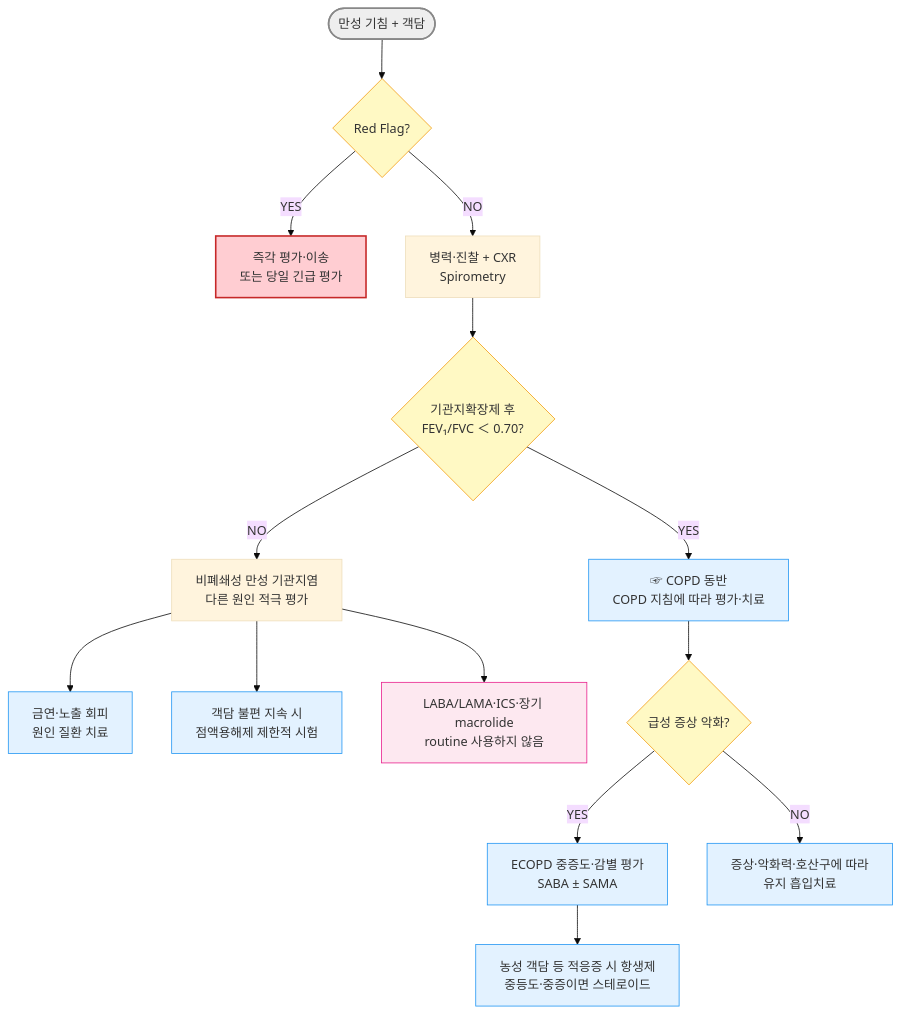
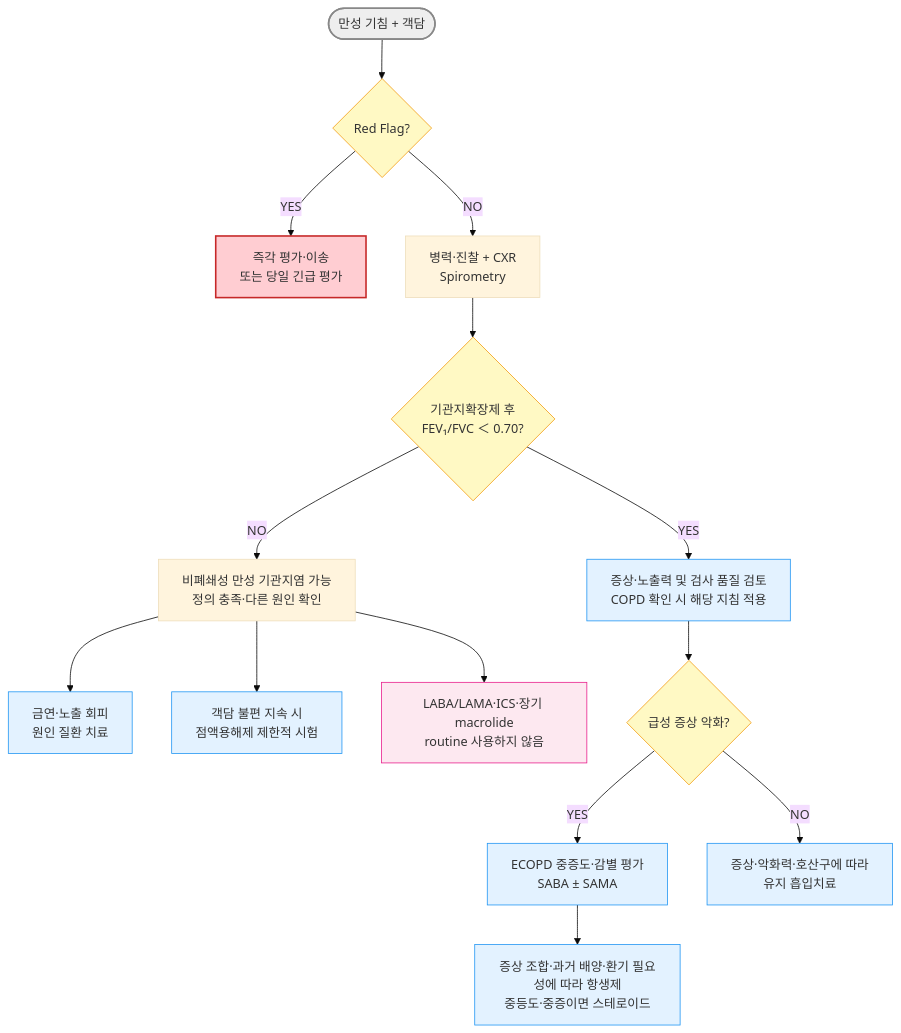
The diagram in 223_/067_-chronic-bronchitis.md (familyoh77/familyoh77), drawn with Mermaid (base theme) before and after one commit. The commit also changed other lines of this file and 1 other file, not shown here.

````diff
--- a/223_/067_-chronic-bronchitis.md
+++ b/223_/067_-chronic-bronchitis.md
@@ -84,24 +86,24 @@
 ```mermaid
 graph TD
     A([만성 기침 + 객담]) --> B{Red Flag?}
     B -- YES --> C[즉각 평가·이송<br/>또는 당일 긴급 평가]
     B -- NO --> D[병력·진찰 + CXR<br/>Spirometry]
     D --> E{기관지확장제 후<br/>FEV₁/FVC ＜ 0.70?}
-    E -- YES --> F[☞ COPD 동반<br/>COPD 지침에 따라 평가·치료]
-    E -- NO --> G[비폐쇄성 만성 기관지염<br/>다른 원인 적극 평가]
+    E -- YES --> F[증상·노출력 및 검사 품질 검토<br/>COPD 확인 시 해당 지침 적용]
+    E -- NO --> G[비폐쇄성 만성 기관지염 가능<br/>정의 충족·다른 원인 확인]
     G --> H[금연·노출 회피<br/>원인 질환 치료]
     G --> I[객담 불편 지속 시<br/>점액용해제 제한적 시험]
     G --> J[LABA/LAMA·ICS·장기 macrolide<br/>routine 사용하지 않음]
     F --> K{급성 증상 악화?}
     K -- YES --> L[ECOPD 중증도·감별 평가<br/>SABA ± SAMA]
     K -- NO --> M[증상·악화력·호산구에 따라<br/>유지 흡입치료]
-    L --> N[농성 객담 등 적응증 시 항생제<br/>중등도·중증이면 스테로이드]
+    L --> N[증상 조합·과거 배양·환기 필요성에 따라 항생제<br/>중등도·중증이면 스테로이드]
 style A fill:#eeeeee,stroke:#888888,stroke-width:2px
 classDef yellow fill:#fff9c4,stroke:#f39c12
 class B,E,K yellow
 classDef L_red fill:#ffcdd2,stroke:#c62828,stroke-width:2px
 class C L_red
 classDef sky fill:#e3f2ff,stroke:#2196f3
 class F,H,I,L,M,N sky
 style J fill:#fde8f0,stroke:#e91e8c
 ```
````
